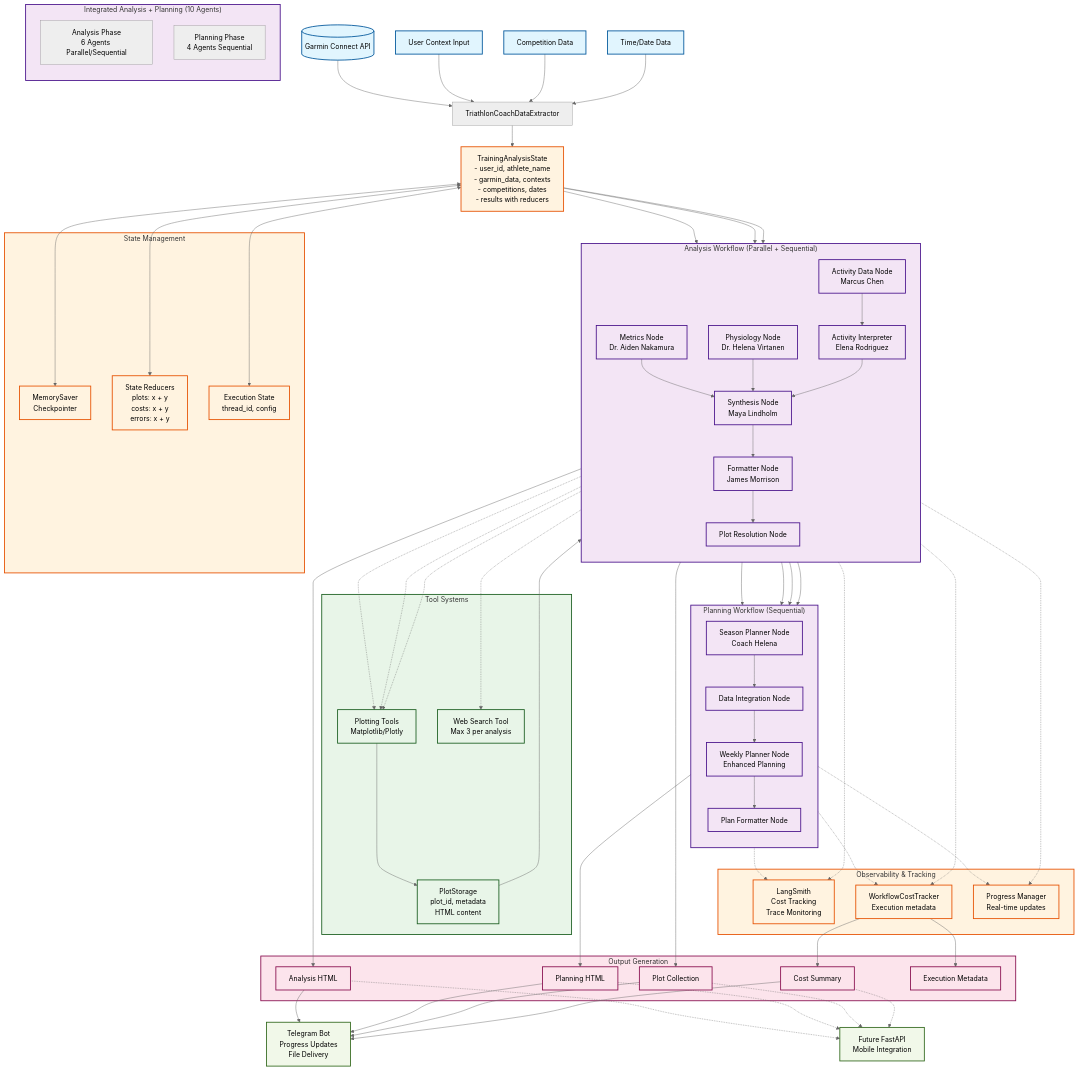
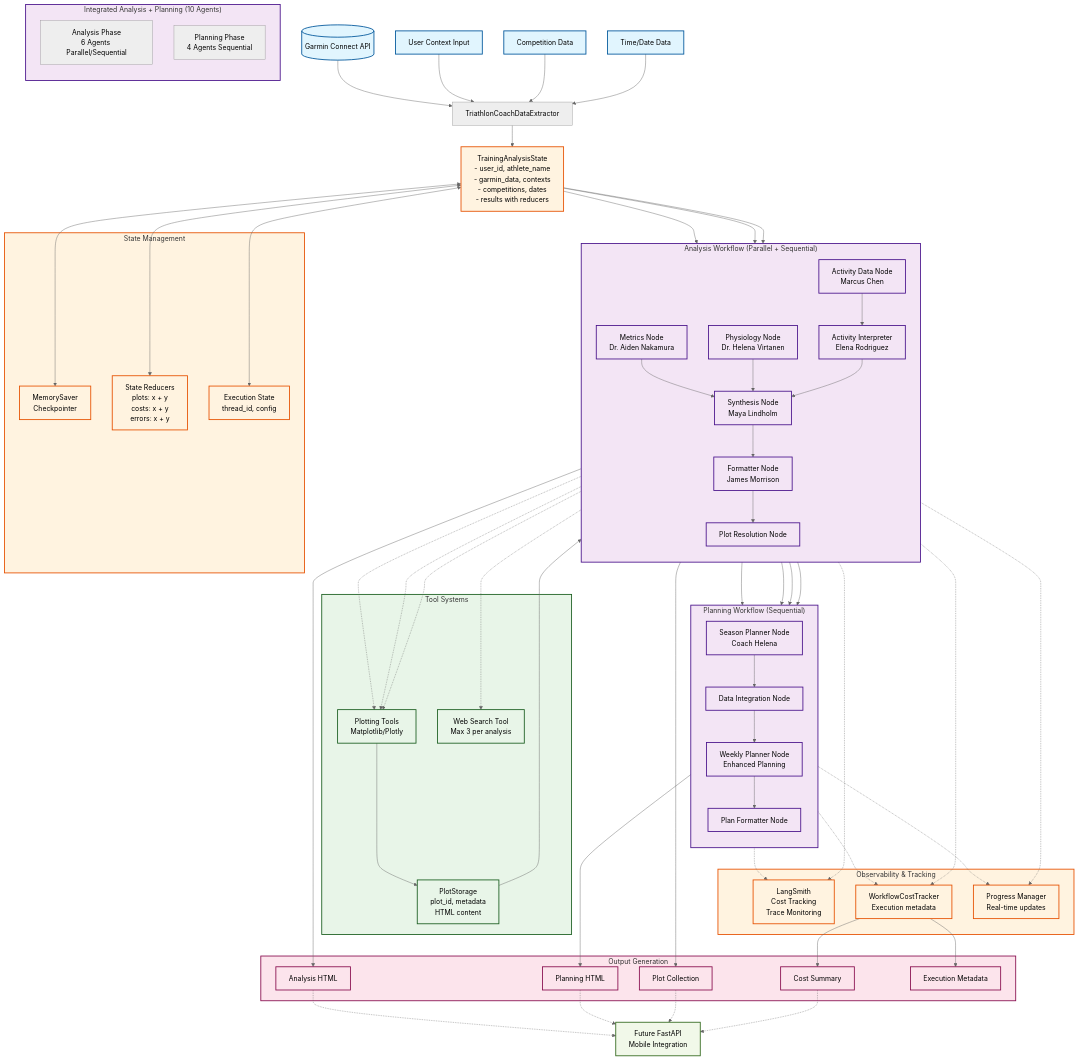
Before and after one commit to leonzzz435/garmin-ai-coach: the diagram in agents_docs/langgraph_architecture_diagram.mmd, drawn with Mermaid (neutral theme). The commit also changed 43 other files, not shown here.

```diff
--- a/agents_docs/langgraph_architecture_diagram.mmd
+++ b/agents_docs/langgraph_architecture_diagram.mmd
@@ -1,163 +1,157 @@
 flowchart TD
     %% Input Data Sources
     GC[(Garmin Connect API)]
     UC[User Context Input]
     CD[Competition Data]
     TD[Time/Date Data]
 
     %% Data Extraction Layer
     TDE[TriathlonCoachDataExtractor]
 
     %% LangGraph State Management
     TAS[TrainingAnalysisState<br/>- user_id, athlete_name<br/>- garmin_data, contexts<br/>- competitions, dates<br/>- results with reducers]
 
     %% Analysis Workflow Nodes
     subgraph AW ["Analysis Workflow (Parallel + Sequential)"]
         direction TB
 
         %% Parallel Analysis Phase
         MN[Metrics Node<br/>Dr. Aiden Nakamura]
         PN[Physiology Node<br/>Dr. Helena Virtanen]
         ADN[Activity Data Node<br/>Marcus Chen]
 
         %% Sequential Processing
         AIN[Activity Interpreter<br/>Elena Rodriguez]
         SN[Synthesis Node<br/>Maya Lindholm]
         FN[Formatter Node<br/>James Morrison]
         PRN[Plot Resolution Node]
     end
 
     %% Planning Workflow Nodes
     subgraph PW ["Planning Workflow (Sequential)"]
         direction TB
         SPN[Season Planner Node<br/>Coach Helena]
         DIN[Data Integration Node]
         WPN[Weekly Planner Node<br/>Enhanced Planning]
         PFN[Plan Formatter Node]
     end
 
     %% Integrated Workflow
     subgraph IW ["Integrated Analysis + Planning (10 Agents)"]
         direction TB
         IAW[Analysis Phase<br/>6 Agents Parallel/Sequential]
         IPW[Planning Phase<br/>4 Agents Sequential]
     end
 
     %% Tool Systems
     subgraph TS ["Tool Systems"]
         PT[Plotting Tools<br/>Matplotlib/Plotly]
         PS[PlotStorage<br/>plot_id, metadata<br/>HTML content]
         WS[Web Search Tool<br/>Max 3 per analysis]
     end
 
     %% Cost & Progress Tracking
     subgraph CPT ["Observability & Tracking"]
         LS[LangSmith<br/>Cost Tracking<br/>Trace Monitoring]
         WCT[WorkflowCostTracker<br/>Execution metadata]
         PM[Progress Manager<br/>Real-time updates]
     end
 
     %% State Management & Storage
     subgraph SMS ["State Management"]
         MS[MemorySaver<br/>Checkpointer]
         SR[State Reducers<br/>plots: x + y<br/>costs: x + y<br/>errors: x + y]
         ES[Execution State<br/>thread_id, config]
     end
 
     %% Output Generation
     subgraph OG ["Output Generation"]
         AH[Analysis HTML]
         PH[Planning HTML]
         PC[Plot Collection]
         CS[Cost Summary]
         EM[Execution Metadata]
     end
 
     %% External Systems
-    TB[Telegram Bot<br/>Progress Updates<br/>File Delivery]
     API[Future FastAPI<br/>Mobile Integration]
 
     %% Main Flow Connections
     GC --> TDE
     UC --> TDE
     CD --> TDE
     TD --> TDE
 
     TDE --> TAS
 
     %% Analysis Workflow Flow
     TAS --> MN
     TAS --> PN
     TAS --> ADN
 
     ADN --> AIN
     MN --> SN
     PN --> SN
     AIN --> SN
     SN --> FN
     FN --> PRN
 
     %% Planning Workflow Flow
     PRN --> SPN
     SPN --> DIN
     DIN --> WPN
     %% Weekly planner also uses the three analysis results
     MN --> WPN
     AIN --> WPN
     PN --> WPN
     WPN --> PFN
 
     %% Tool Integration
     MN -.-> PT
     PN -.-> PT
     AIN -.-> PT
     SN -.-> WS
 
     PT --> PS
     PS --> PRN
 
     %% State Management Integration
     TAS <--> MS
     TAS <--> SR
     TAS <--> ES
 
     %% Observability Integration
     AW -.-> LS
     PW -.-> LS
     AW -.-> WCT
     PW -.-> WCT
     AW -.-> PM
     PW -.-> PM
 
     %% Output Generation
     FN --> AH
     PFN --> PH
     PRN --> PC
     WCT --> CS
     WCT --> EM
 
     %% Final Delivery
-    AH --> TB
-    PH --> TB
-    PC --> TB
-    CS --> TB
-
     AH -.-> API
     PH -.-> API
     PC -.-> API
     CS -.-> API
 
     %% Styling
     classDef inputData fill:#e1f5fe,stroke:#01579b,stroke-width:2px
     classDef workflow fill:#f3e5f5,stroke:#4a148c,stroke-width:2px
     classDef tools fill:#e8f5e8,stroke:#1b5e20,stroke-width:2px
     classDef state fill:#fff3e0,stroke:#e65100,stroke-width:2px
     classDef output fill:#fce4ec,stroke:#880e4f,stroke-width:2px
     classDef external fill:#f1f8e9,stroke:#33691e,stroke-width:2px
 
     class GC,UC,CD,TD inputData
     class AW,PW,IW,MN,PN,ADN,AIN,SN,FN,PRN,SPN,DIN,WPN,PFN workflow
     class TS,PT,PS,WS tools
     class SMS,TAS,MS,SR,ES,CPT,LS,WCT,PM state
     class OG,AH,PH,PC,CS,EM output
-    class TB,API external
+    class API external
```
